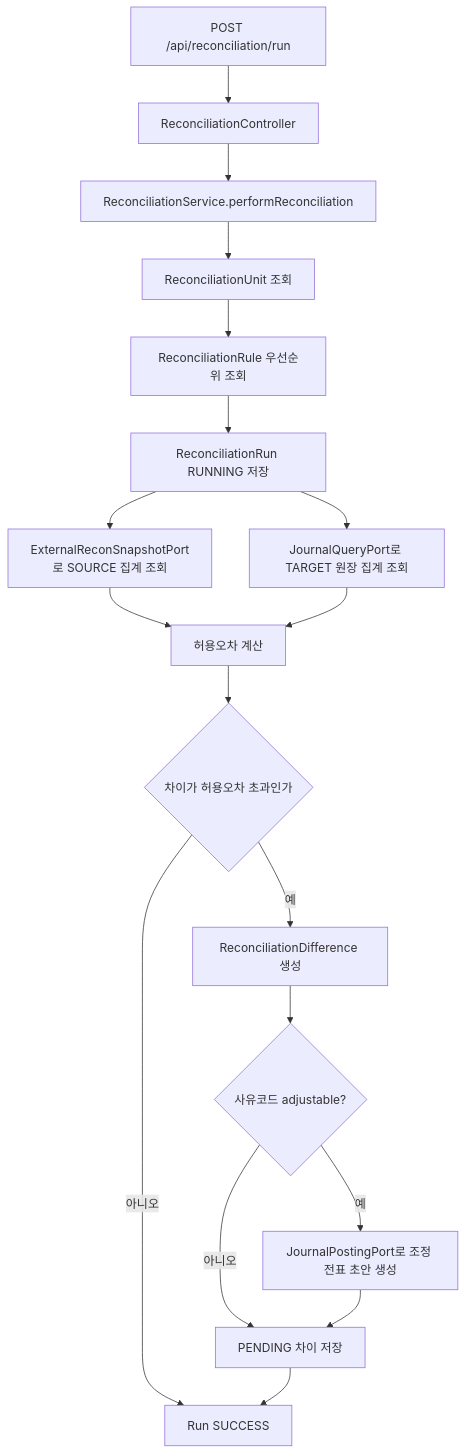
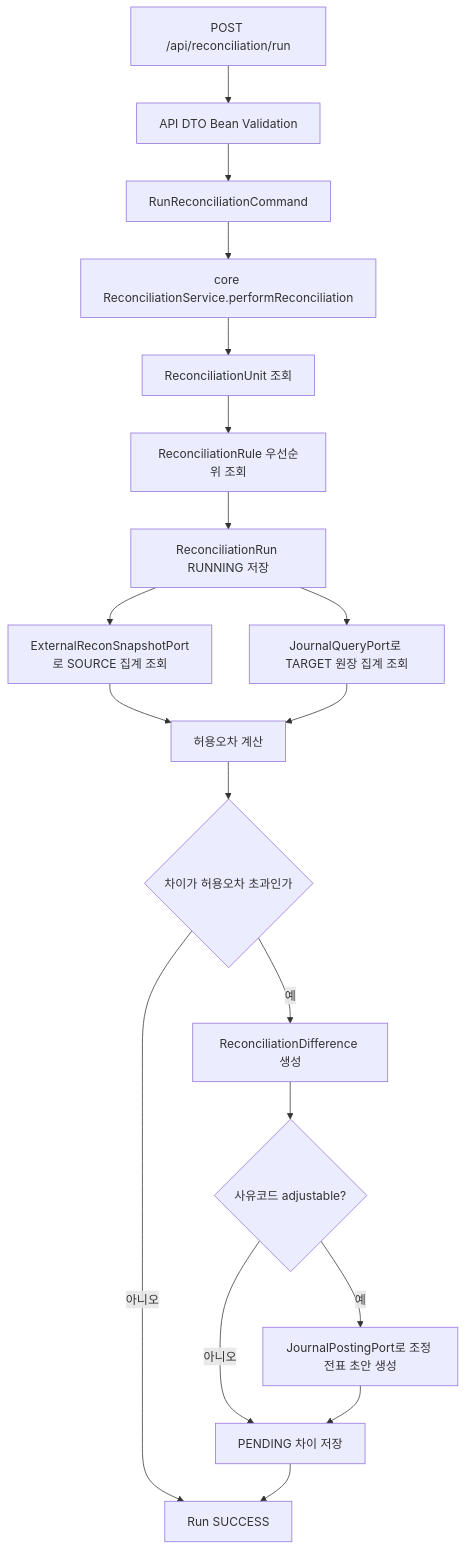
The first of 3 diagrams in reconciliation/docs/process-flow.md (skyg547/account), drawn with Mermaid before and after one commit. The commit also changed other lines of this file and 40 other files, not shown here.

Commit message:
Refactor reconciliation API command boundary

````diff
--- a/reconciliation/docs/process-flow.md
+++ b/reconciliation/docs/process-flow.md
@@ -30,20 +40,21 @@
 ```mermaid
 flowchart TD
-    A[POST /api/reconciliation/run] --> B[ReconciliationController]
-    B --> C[ReconciliationService.performReconciliation]
-    C --> D[ReconciliationUnit 조회]
-    D --> E[ReconciliationRule 우선순위 조회]
-    E --> F[ReconciliationRun RUNNING 저장]
-    F --> G[ExternalReconSnapshotPort로 SOURCE 집계 조회]
-    F --> H[JournalQueryPort로 TARGET 원장 집계 조회]
-    G --> I[허용오차 계산]
-    H --> I
-    I --> J{차이가 허용오차 초과인가}
-    J -->|아니오| K[Run SUCCESS]
-    J -->|예| L[ReconciliationDifference 생성]
-    L --> M{사유코드 adjustable?}
-    M -->|예| N[JournalPostingPort로 조정 전표 초안 생성]
-    M -->|아니오| O[PENDING 차이 저장]
-    N --> O
-    O --> K
+    A[POST /api/reconciliation/run] --> B[API DTO Bean Validation]
+    B --> C[RunReconciliationCommand]
+    C --> D[core ReconciliationService.performReconciliation]
+    D --> E[ReconciliationUnit 조회]
+    E --> F[ReconciliationRule 우선순위 조회]
+    F --> G[ReconciliationRun RUNNING 저장]
+    G --> H[ExternalReconSnapshotPort로 SOURCE 집계 조회]
+    G --> I[JournalQueryPort로 TARGET 원장 집계 조회]
+    H --> J[허용오차 계산]
+    I --> J
+    J --> K{차이가 허용오차 초과인가}
+    K -->|아니오| L[Run SUCCESS]
+    K -->|예| M[ReconciliationDifference 생성]
+    M --> N{사유코드 adjustable?}
+    N -->|예| O[JournalPostingPort로 조정 전표 초안 생성]
+    N -->|아니오| P[PENDING 차이 저장]
+    O --> P
+    P --> L
 ```
````
